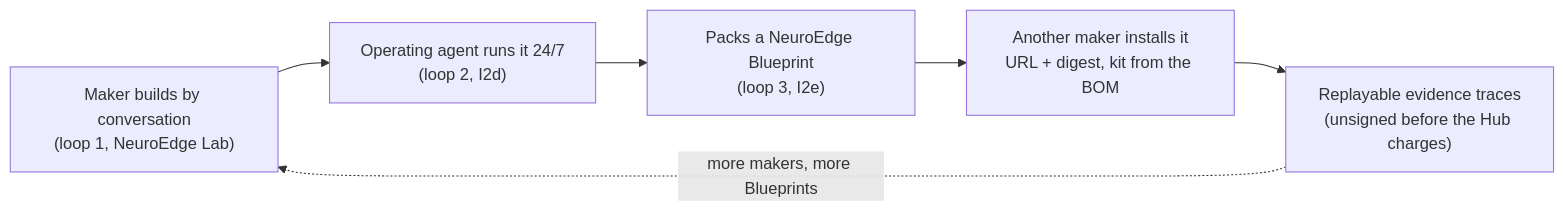
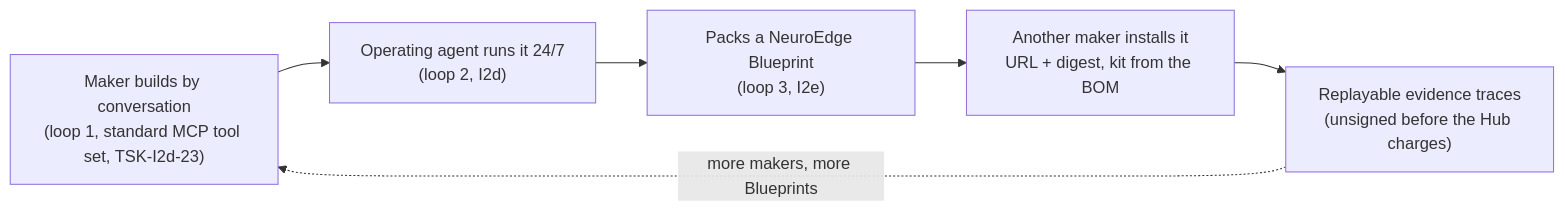
One commit to letrongminh/neuroedge-init changed the second of 2 diagrams in docs/architecture/vi/16-ecosystem-landscape.md. Above: the diagram before and after it, drawn with Mermaid. The commit also changed other lines of this file and 63 other files, not shown here.

````diff
--- a/docs/architecture/vi/16-ecosystem-landscape.md
+++ b/docs/architecture/vi/16-ecosystem-landscape.md
@@ -188,8 +130,8 @@
 ```mermaid
 flowchart LR
-    B1["Maker builds by conversation<br/>(loop 1, NeuroEdge Lab)"] --> B2["Operating agent runs it 24/7<br/>(loop 2, I2d)"]
+    B1["Maker builds by conversation<br/>(loop 1, standard MCP tool set, TSK-I2d-23)"] --> B2["Operating agent runs it 24/7<br/>(loop 2, I2d)"]
     B2 --> B3["Packs a NeuroEdge Blueprint<br/>(loop 3, I2e)"]
     B3 --> B4["Another maker installs it<br/>URL + digest, kit from the BOM"]
     B4 --> B5["Replayable evidence traces<br/>(unsigned before the Hub charges)"]
     B5 -.->|"more makers, more Blueprints"| B1
 ```
````
